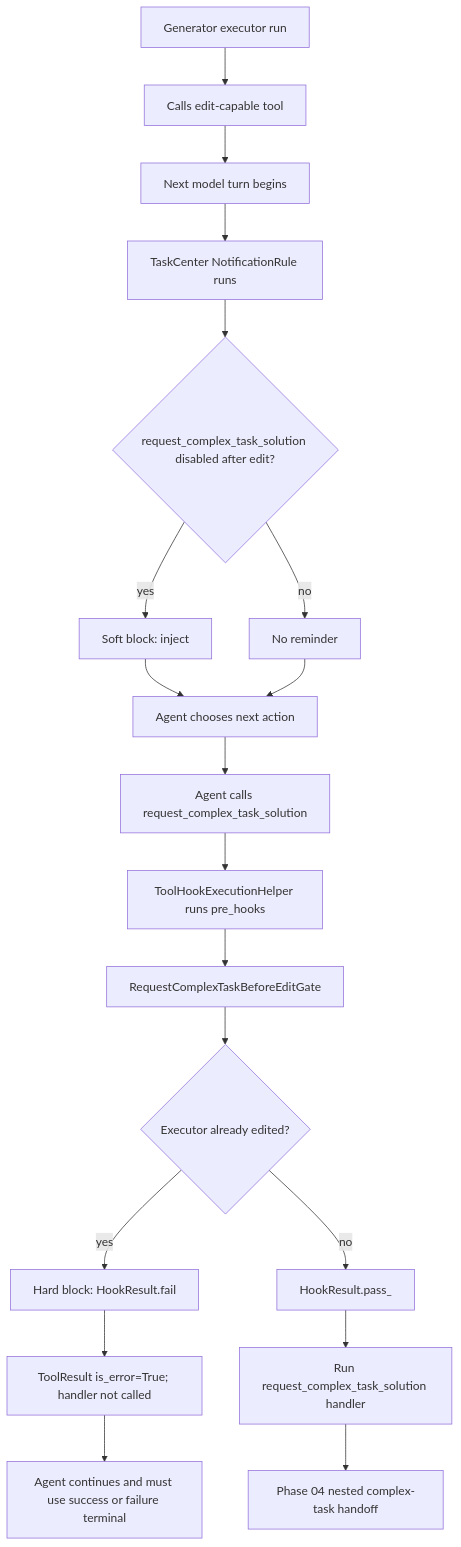
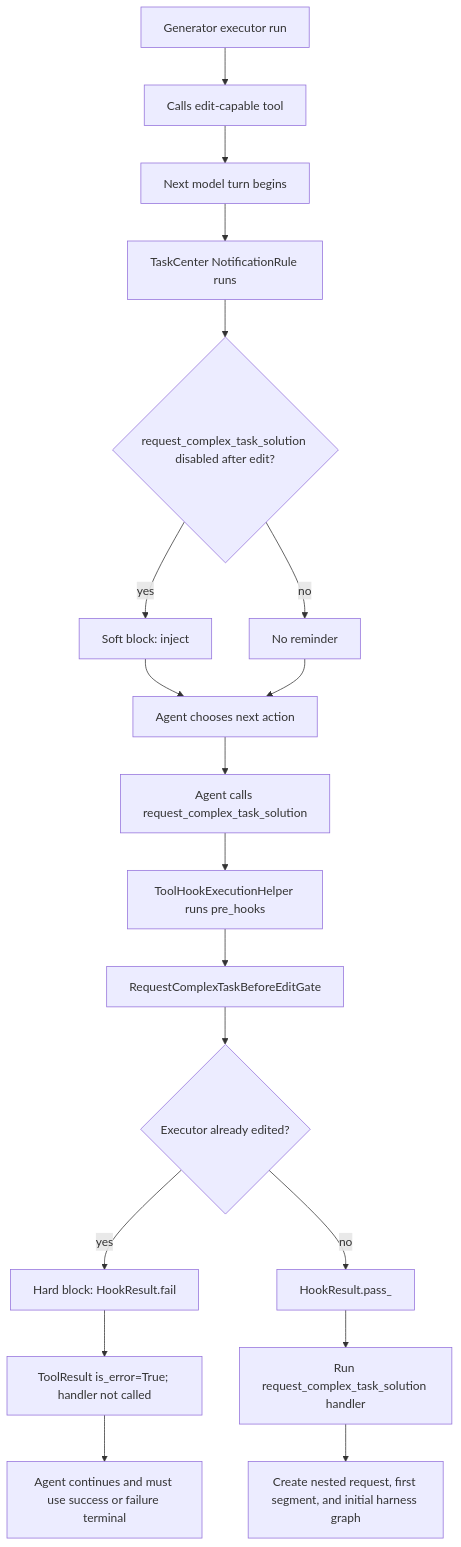
Before and after one commit to Ephemeral-AI-Lab/ephemeral-os: the fifth of 5 diagrams in docs/architecture/task-center-harness-migration/phase-03-implementation-plan.md, drawn with Mermaid. The commit also changed other lines of this file and 66 other files, not shown here.

````diff
--- a/docs/architecture/task-center-harness-migration/phase-03-implementation-plan.md
+++ b/docs/architecture/task-center-harness-migration/phase-03-implementation-plan.md
@@ -280,26 +277,26 @@
 ```mermaid
 flowchart TD
     Executor["Generator executor run"] --> EditTool["Calls edit-capable tool"]
     EditTool --> NextTurn["Next model turn begins"]
 
     NextTurn --> SoftRule["TaskCenter NotificationRule runs"]
     SoftRule --> SoftCheck{"request_complex_task_solution disabled after edit?"}
     SoftCheck -->|"yes"| Reminder["Soft block: inject <system-reminder>"]
     SoftCheck -->|"no"| NoReminder["No reminder"]
 
     Reminder --> AgentChoice["Agent chooses next action"]
     NoReminder --> AgentChoice
 
     AgentChoice --> HandoffCall["Agent calls request_complex_task_solution"]
     HandoffCall --> HookRunner["ToolHookExecutionHelper runs pre_hooks"]
     HookRunner --> HardGate["RequestComplexTaskBeforeEditGate"]
     HardGate --> HardCheck{"Executor already edited?"}
 
     HardCheck -->|"yes"| Deny["Hard block: HookResult.fail"]
     Deny --> ErrorResult["ToolResult is_error=True; handler not called"]
     ErrorResult --> Continue["Agent continues and must use success or failure terminal"]
 
     HardCheck -->|"no"| Allow["HookResult.pass_"]
     Allow --> Handler["Run request_complex_task_solution handler"]
-    Handler --> Handoff["Phase 04 nested complex-task handoff"]
+    Handler --> Handoff["Create nested request, first segment, and initial harness graph"]
 ```
````
